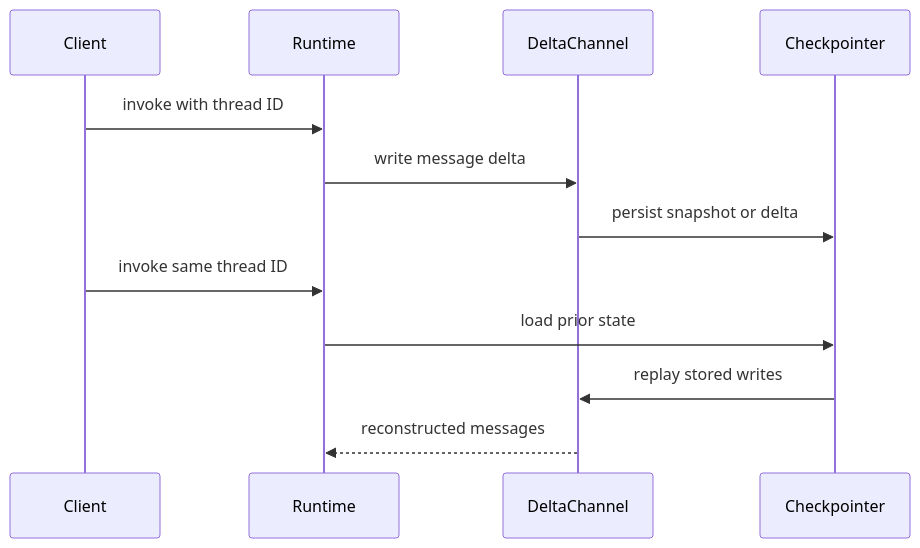
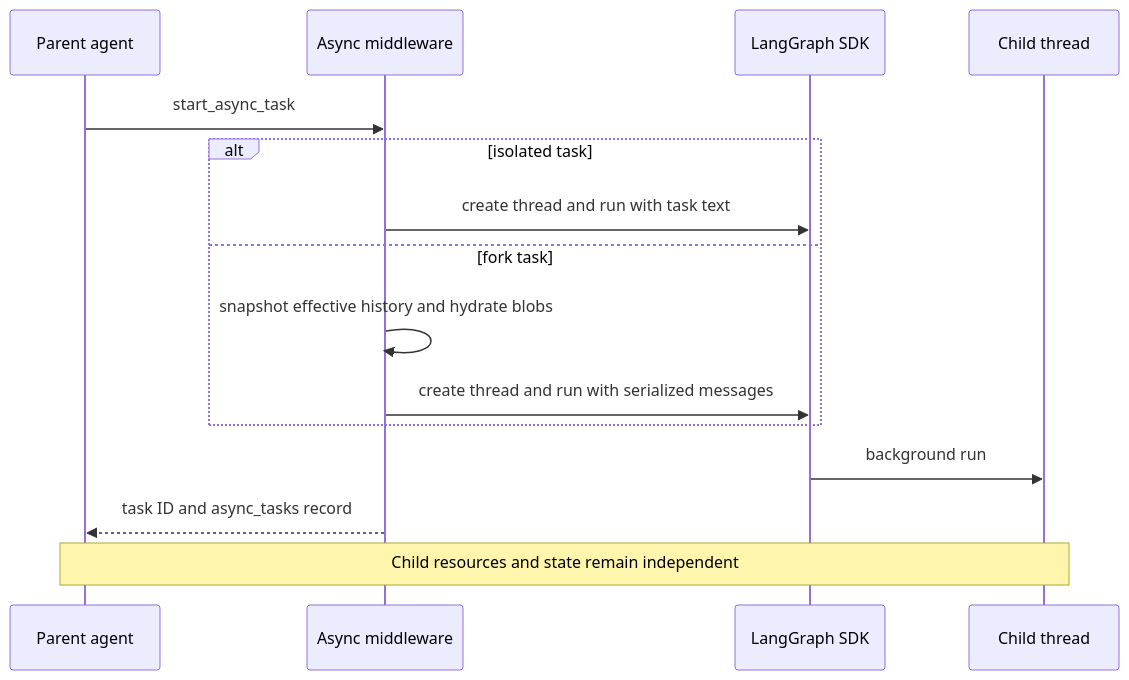
Before and after one commit to langchain-ai/deepagents: the second of 4 diagrams in openwiki/architecture/runtime-behavior.md, drawn with Mermaid. The commit also changed other lines of this file and 47 other files, not shown here.

````diff
--- a/openwiki/architecture/runtime-behavior.md
+++ b/openwiki/architecture/runtime-behavior.md
@@ -95,14 +79,17 @@
 ```mermaid
 sequenceDiagram
-    participant Client
-    participant Runtime
-    participant Delta as DeltaChannel
-    participant Saver as Checkpointer
-    Client->>Runtime: invoke with thread ID
-    Runtime->>Delta: write message delta
-    Delta->>Saver: persist snapshot or delta
-    Client->>Runtime: invoke same thread ID
-    Runtime->>Saver: load prior state
-    Saver->>Delta: replay stored writes
-    Delta-->>Runtime: reconstructed messages
+    participant Lead as Parent agent
+    participant Async as Async middleware
+    participant SDK as LangGraph SDK
+    participant Child as Child thread
+    Lead->>Async: start_async_task
+    alt isolated task
+        Async->>SDK: create thread and run with task text
+    else fork task
+        Async->>Async: snapshot effective history and hydrate blobs
+        Async->>SDK: create thread and run with serialized messages
+    end
+    SDK->>Child: background run
+    Async-->>Lead: task ID and async_tasks record
+    Note over Lead,Child: Child resources and state remain independent
 ```
````
